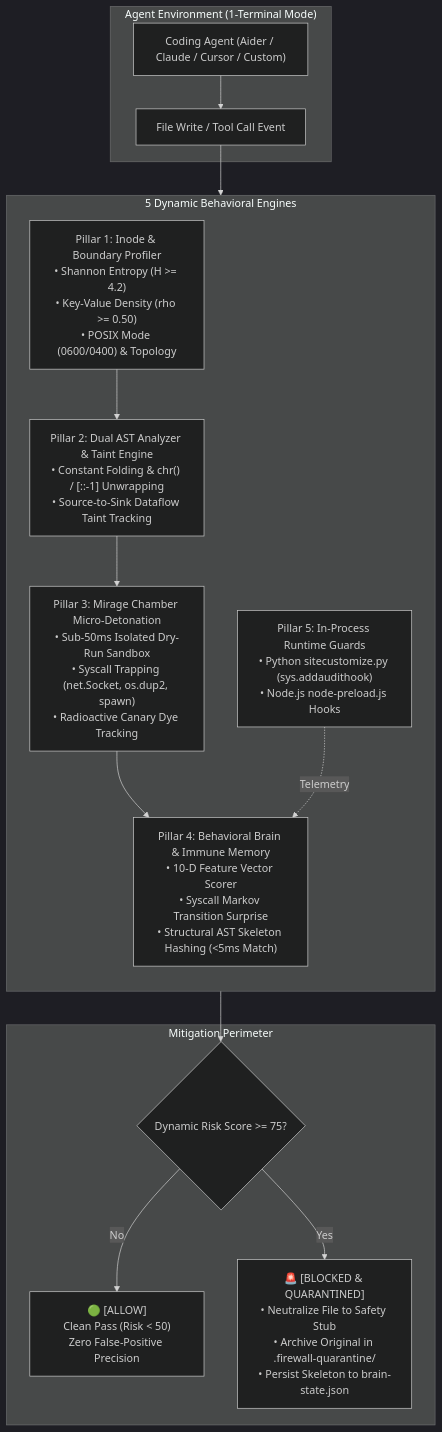
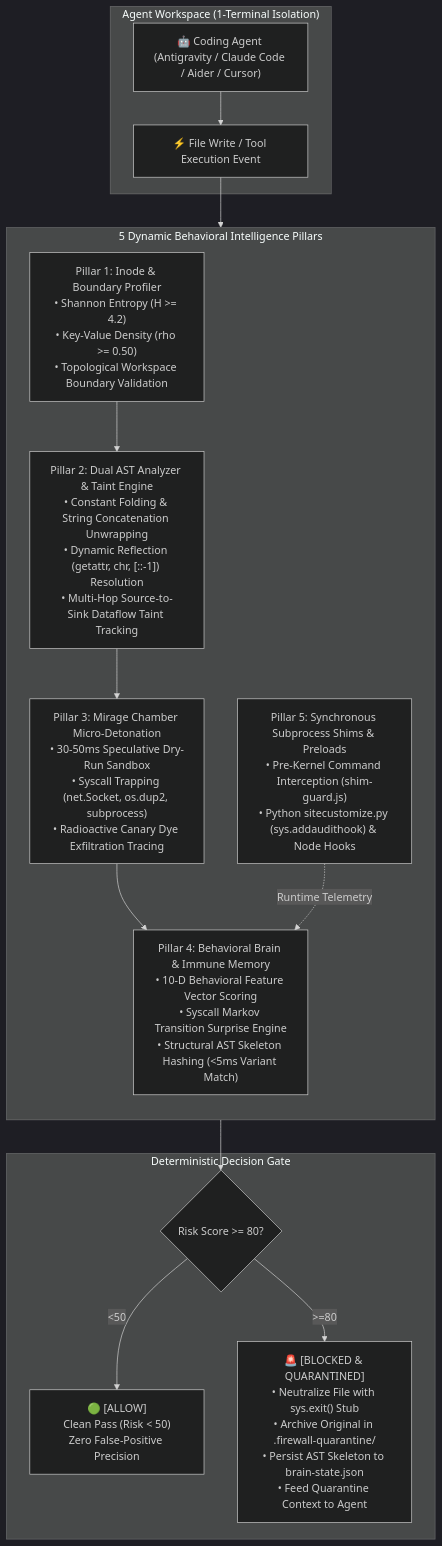
The diagram in README.md (devmishra2049/ai-agent-firewall), drawn with Mermaid (dark theme) before and after one commit. The commit also changed other lines of this file and 1 other file, not shown here.

Commit message:
docs: overhaul README with ultra-premium design, live agent proof, 1-terminal harness, and complete behavioral architecture

````diff
--- a/README.md
+++ b/README.md
@@ -41,33 +84,33 @@
 ```mermaid
 flowchart TD
-    subgraph AgentRuntime["Agent Environment (1-Terminal Mode)"]
-        Agent["Coding Agent (Aider / Claude / Cursor / Custom)"]
-        Event["File Write / Tool Call Event"]
+    subgraph AgentRuntime["Agent Workspace (1-Terminal Isolation)"]
+        Agent["🤖 Coding Agent (Antigravity / Claude Code / Aider / Cursor)"]
+        Action["⚡ File Write / Tool Execution Event"]
     end
 
-    subgraph DynamicEngines["5 Dynamic Behavioral Engines"]
+    subgraph DefensePerimeter["5 Dynamic Behavioral Intelligence Pillars"]
         direction TB
-        P1["Pillar 1: Inode & Boundary Profiler\n• Shannon Entropy (H >= 4.2)\n• Key-Value Density (rho >= 0.50)\n• POSIX Mode (0600/0400) & Topology"]
-        P2["Pillar 2: Dual AST Analyzer & Taint Engine\n• Constant Folding & chr() / [::-1] Unwrapping\n• Source-to-Sink Dataflow Taint Tracking"]
-        P3["Pillar 3: Mirage Chamber Micro-Detonation\n• Sub-50ms Isolated Dry-Run Sandbox\n• Syscall Trapping (net.Socket, os.dup2, spawn)\n• Radioactive Canary Dye Tracking"]
-        P4["Pillar 4: Behavioral Brain & Immune Memory\n• 10-D Feature Vector Scorer\n• Syscall Markov Transition Surprise\n• Structural AST Skeleton Hashing (<5ms Match)"]
-        P5["Pillar 5: In-Process Runtime Guards\n• Python sitecustomize.py (sys.addaudithook)\n• Node.js node-preload.js Hooks"]
+        P1["Pillar 1: Inode & Boundary Profiler\n• Shannon Entropy (H >= 4.2)\n• Key-Value Density (rho >= 0.50)\n• Topological Workspace Boundary Validation"]
+        P2["Pillar 2: Dual AST Analyzer & Taint Engine\n• Constant Folding & String Concatenation Unwrapping\n• Dynamic Reflection (getattr, chr, [::-1]) Resolution\n• Multi-Hop Source-to-Sink Dataflow Taint Tracking"]
+        P3["Pillar 3: Mirage Chamber Micro-Detonation\n• 30-50ms Speculative Dry-Run Sandbox\n• Syscall Trapping (net.Socket, os.dup2, subprocess)\n• Radioactive Canary Dye Exfiltration Tracing"]
+        P4["Pillar 4: Behavioral Brain & Immune Memory\n• 10-D Behavioral Feature Vector Scoring\n• Syscall Markov Transition Surprise Engine\n• Structural AST Skeleton Hashing (<5ms Variant Match)"]
+        P5["Pillar 5: Synchronous Subprocess Shims & Preloads\n• Pre-Kernel Command Interception (shim-guard.js)\n• Python sitecustomize.py (sys.addaudithook) & Node Hooks"]
 
         P1 --> P2
         P2 --> P3
         P3 --> P4
-        P5 -. Telemetry .-> P4
+        P5 -. Runtime Telemetry .-> P4
     end
 
-    subgraph DecisionPerimeter["Mitigation Perimeter"]
-        Score{"Dynamic Risk Score >= 75?"}
+    subgraph VerdictEngine["Deterministic Decision Gate"]
+        Verdict{"Risk Score >= 80?"}
         Allow["🟢 [ALLOW]\nClean Pass (Risk < 50)\nZero False-Positive Precision"]
-        Block["🚨 [BLOCKED & QUARANTINED]\n• Neutralize File to Safety Stub\n• Archive Original in .firewall-quarantine/\n• Persist Skeleton to brain-state.json"]
+        Block["🚨 [BLOCKED & QUARANTINED]\n• Neutralize File with sys.exit() Stub\n• Archive Original in .firewall-quarantine/\n• Persist AST Skeleton to brain-state.json\n• Feed Quarantine Context to Agent"]
     end
 
-    Agent --> Event
-    Event --> P1
-    P4 --> Score
-    Score -- No --> Allow
-    Score -- Yes --> Block
+    Agent --> Action
+    Action --> P1
+    P4 --> Verdict
+    Verdict -- "<50" --> Allow
+    Verdict -- ">=80" --> Block
 ```
````
